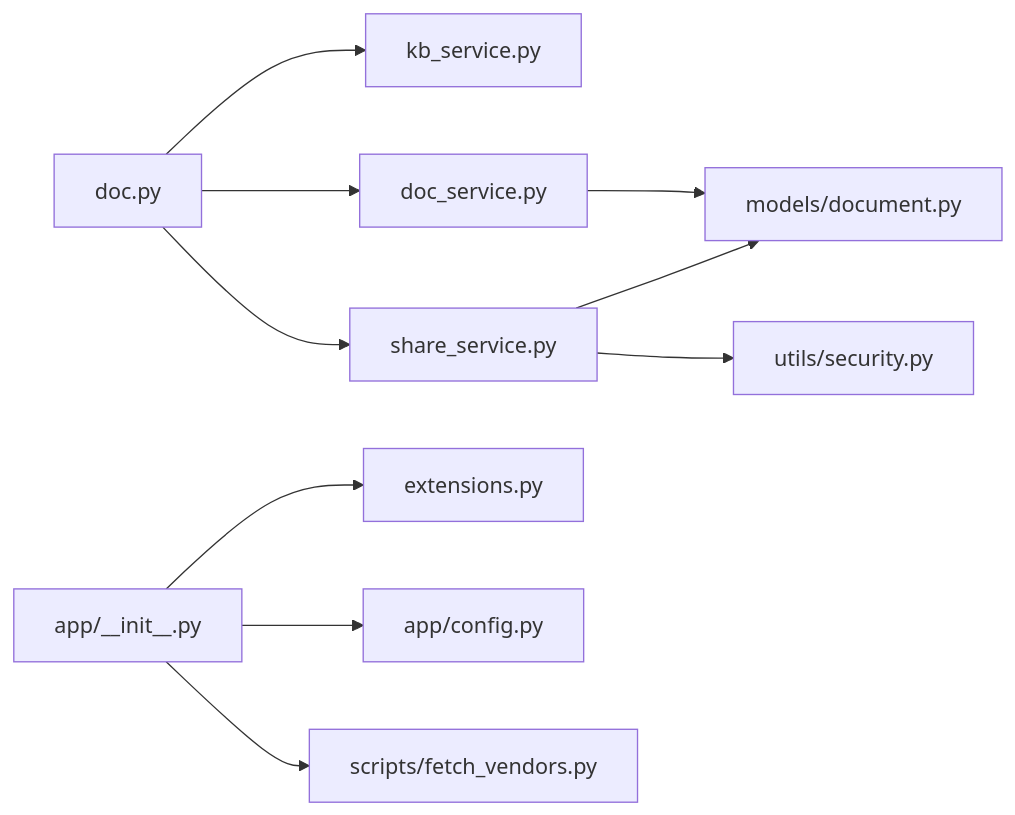
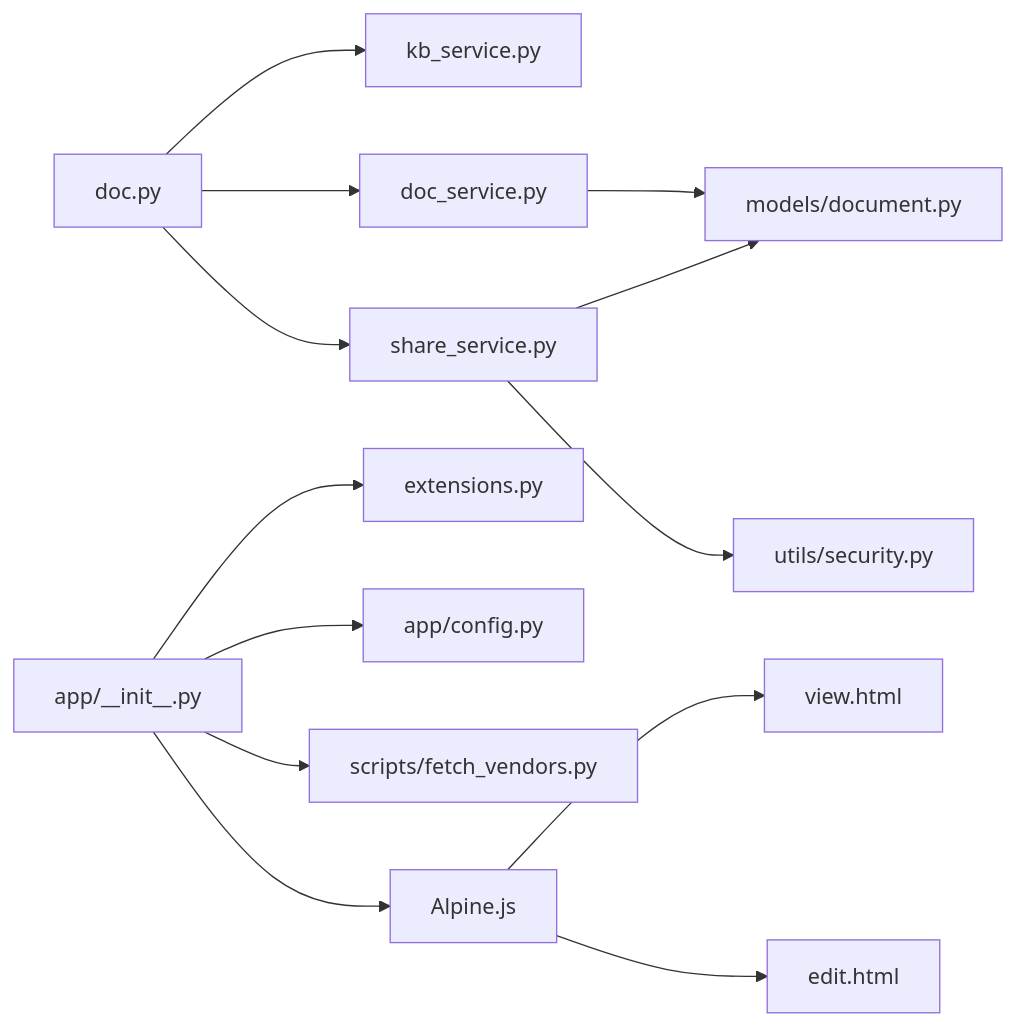
Before and after one commit to beyondalbert/my_wiki: the ninth of 9 diagrams in .qoder/repowiki/zh/content/故障排除/文档编辑问题.md, drawn with Mermaid. The commit also changed other lines of this file and 3 other files, not shown here.

````diff
--- a/.qoder/repowiki/zh/content/故障排除/文档编辑问题.md
+++ b/.qoder/repowiki/zh/content/故障排除/文档编辑问题.md
@@ -352,12 +394,15 @@
 ```mermaid
 graph LR
 DOCBP["doc.py"] --> KBSVC["kb_service.py"]
 DOCBP --> DOCSVC["doc_service.py"]
 DOCSVC --> DOCM["models/document.py"]
 DOCBP --> SHRSVC["share_service.py"]
 SHRSVC --> DOCM
 SHRSVC --> SEC["utils/security.py"]
 INIT["app/__init__.py"] --> EXT["extensions.py"]
 INIT --> CFG["app/config.py"]
 INIT --> VENDORS["scripts/fetch_vendors.py"]
+INIT --> ALPINE["Alpine.js"]
+ALPINE --> VIEWHTML["view.html"]
+ALPINE --> EDITHTML["edit.html"]
 ```
````
